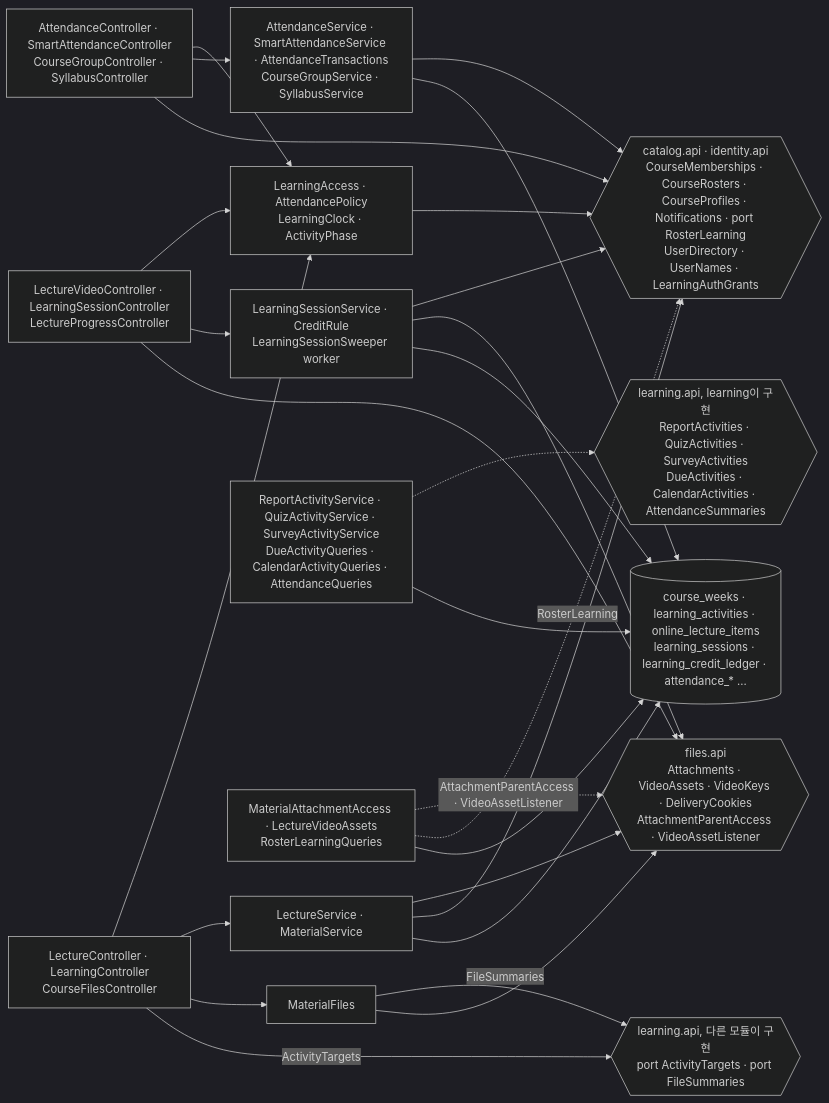
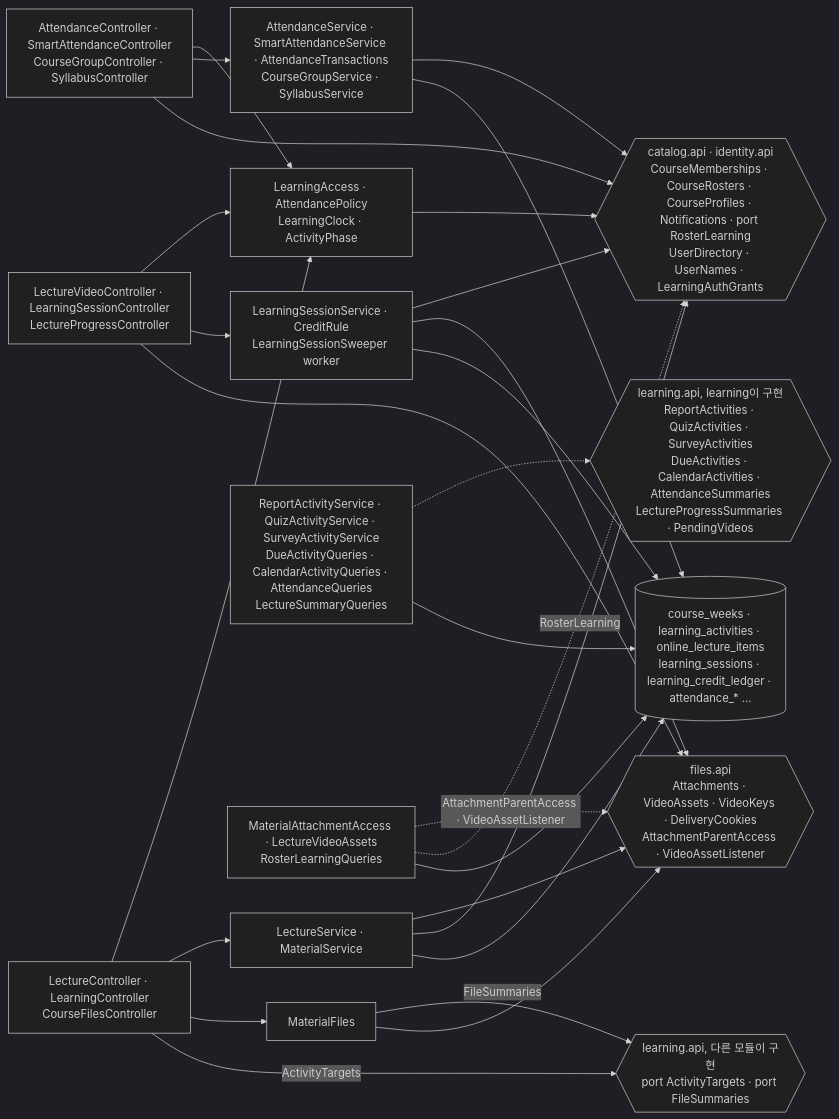
The eighth of 18 diagrams in backend/docs/c4.md (2026ENDPoinT/team13), drawn with Mermaid (dark theme) before and after one commit. The commit also changed other lines of this file and 1 other file, not shown here.

````diff
--- a/backend/docs/c4.md
+++ b/backend/docs/c4.md
@@ -320,33 +320,33 @@
 ```mermaid
 flowchart LR
   C1["LectureController · LearningController<br/>CourseFilesController"]
   C2["LectureVideoController · LearningSessionController<br/>LectureProgressController"]
   C3["AttendanceController · SmartAttendanceController<br/>CourseGroupController · SyllabusController"]
   ACC["LearningAccess · AttendancePolicy<br/>LearningClock · ActivityPhase"]
   MF["MaterialFiles"]
   S1["LectureService · MaterialService"]
   S2["LearningSessionService · CreditRule<br/>LearningSessionSweeper worker"]
   S3["AttendanceService · SmartAttendanceService · AttendanceTransactions<br/>CourseGroupService · SyllabusService"]
-  IMPL["ReportActivityService · QuizActivityService · SurveyActivityService<br/>DueActivityQueries · CalendarActivityQueries · AttendanceQueries"]
+  IMPL["ReportActivityService · QuizActivityService · SurveyActivityService<br/>DueActivityQueries · CalendarActivityQueries · AttendanceQueries<br/>LectureSummaryQueries"]
   PIMPL["MaterialAttachmentAccess · LectureVideoAssets<br/>RosterLearningQueries"]
-  API{{"learning.api, learning이 구현<br/>ReportActivities · QuizActivities · SurveyActivities<br/>DueActivities · CalendarActivities · AttendanceSummaries"}}
+  API{{"learning.api, learning이 구현<br/>ReportActivities · QuizActivities · SurveyActivities<br/>DueActivities · CalendarActivities · AttendanceSummaries<br/>LectureProgressSummaries · PendingVideos"}}
   PORT{{"learning.api, 다른 모듈이 구현<br/>port ActivityTargets · port FileSummaries"}}
   FAPI{{"files.api<br/>Attachments · VideoAssets · VideoKeys · DeliveryCookies<br/>AttachmentParentAccess · VideoAssetListener"}}
   OAPI{{"catalog.api · identity.api<br/>CourseMemberships · CourseRosters · CourseProfiles · Notifications · port RosterLearning<br/>UserDirectory · UserNames · LearningAuthGrants"}}
   DB[("course_weeks · learning_activities · online_lecture_items<br/>learning_sessions · learning_credit_ledger · attendance_* ...")]
   C1 --> ACC & S1 & MF
   C1 -->|"ActivityTargets"| PORT
   MF -->|"FileSummaries"| PORT
   MF --> FAPI
   C2 --> ACC & S2
   C3 --> ACC & S3
   C3 --> OAPI
   ACC --> OAPI
   S1 & C2 --> FAPI
   S1 & S2 & S3 --> OAPI
   S2 --> FAPI
   IMPL -.-> API
   PIMPL -.->|"AttachmentParentAccess · VideoAssetListener"| FAPI
   PIMPL -.->|"RosterLearning"| OAPI
   S1 & S2 & S3 & IMPL & PIMPL --> DB
 ```
````
